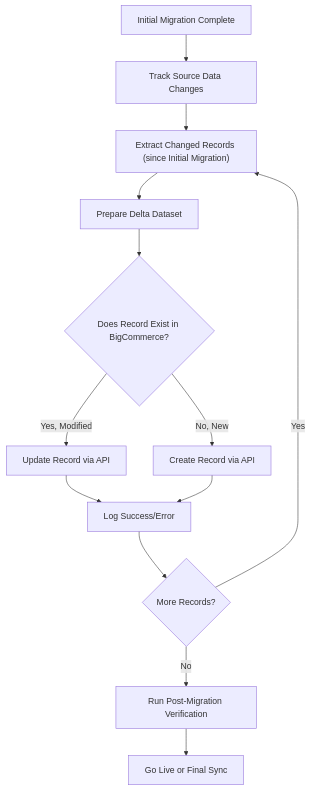
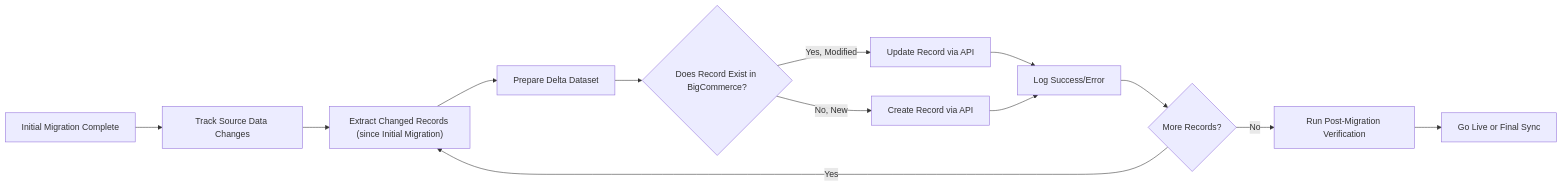
The diagram in docs/start/migration/6_delta.md (bigcommerce/docs), drawn with Mermaid before and after one commit. The commit also changed 1 other file, not shown here.

Commit message:
Apply suggestions from code review

````diff
--- a/docs/start/migration/6_delta.md
+++ b/docs/start/migration/6_delta.md
@@ -38,16 +38,17 @@
 ```mermaid
-flowchart TD
+flowchart LR
+
     A[Initial Migration Complete] --> B[Track Source Data Changes]
     B --> C["Extract Changed Records (since Initial Migration)"]
 
     C --> D[Prepare Delta Dataset]
     D --> E{"Does Record Exist in BigCommerce?"}
     E -- Yes, Modified --> F[Update Record via API]
     E -- No, New --> G[Create Record via API]
     F --> H["Log Success/Error"]
     G --> H
     H --> I{"More Records?"}
     I -- Yes --> C
     I -- No --> J["Run Post-Migration Verification"]
     J --> K[Go Live or Final Sync]
 ```
````
